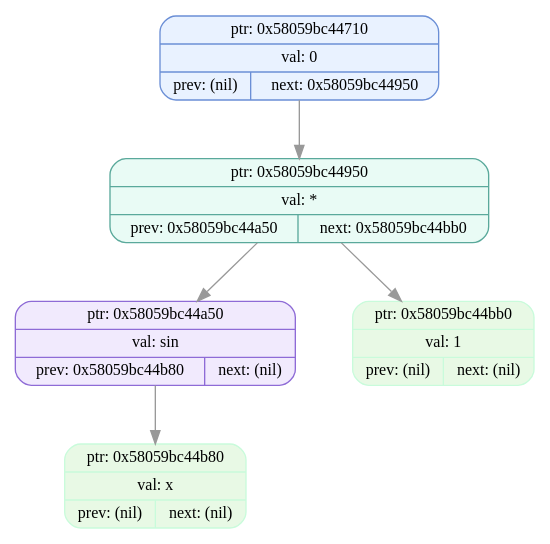
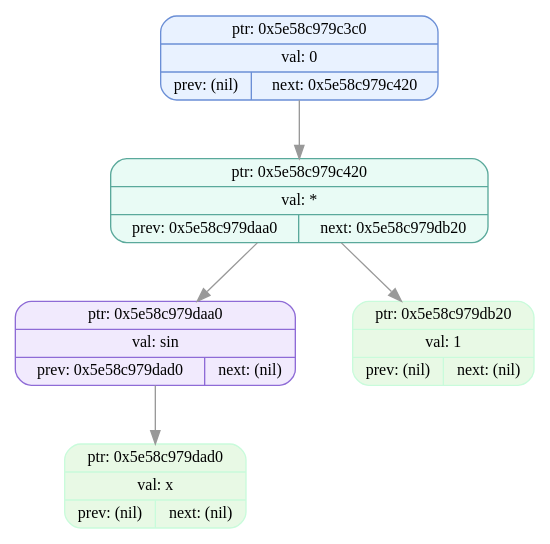
Before and after one commit to EvilTomato9890/Difference: the diagram in dumps/tree_dump_004.dot, drawn with Graphviz. The commit also changed 42 other files, not shown here.

```diff
--- a/dumps/tree_dump_004.dot
+++ b/dumps/tree_dump_004.dot
@@ -1,13 +1,13 @@
 digraph T{
   node [fontname="Fira Mono",shape=record,style="filled,rounded",fontsize=12];
   graph [splines=true, nodesep=0.6, ranksep=0.6];
-  node_0x58059bc44710[shape=record,label="{ {ptr: 0x58059bc44710} | {val: 0} | { prev: (nil) | next: 0x58059bc44950 } }",color="#6b8fd6",fillcolor="#e9f2ff"];
-  node_0x58059bc44950[shape=record,label="{ {ptr: 0x58059bc44950} | {val: *} | { prev: 0x58059bc44a50 | next: 0x58059bc44bb0 } }",color="#5aa99b",fillcolor="#e9fbf5"];
-  node_0x58059bc44a50[shape=record,label="{ {ptr: 0x58059bc44a50} | {val: sin} | { prev: 0x58059bc44b80 | next: (nil) } }",color="#8e6bd6",fillcolor="#f1eafd"];
-  node_0x58059bc44b80[shape=record,label="{ {ptr: 0x58059bc44b80} | {val: x} | { prev: (nil) | next: (nil) } }",color="#c9fbdbff",fillcolor="#e8f9e5ff"];
-  node_0x58059bc44bb0[shape=record,label="{ {ptr: 0x58059bc44bb0} | {val: 1} | { prev: (nil) | next: (nil) } }",color="#c9fbdbff",fillcolor="#e8f9e5ff"];
-  node_0x58059bc44710 -> node_0x58059bc44950 [color="#999999"];
-  node_0x58059bc44950 -> node_0x58059bc44a50 [color="#999999"];
-  node_0x58059bc44950 -> node_0x58059bc44bb0 [color="#999999"];
-  node_0x58059bc44a50 -> node_0x58059bc44b80 [color="#999999"];
+  node_0x5e58c979c3c0[shape=record,label="{ {ptr: 0x5e58c979c3c0} | {val: 0} | { prev: (nil) | next: 0x5e58c979c420 } }",color="#6b8fd6",fillcolor="#e9f2ff"];
+  node_0x5e58c979c420[shape=record,label="{ {ptr: 0x5e58c979c420} | {val: *} | { prev: 0x5e58c979daa0 | next: 0x5e58c979db20 } }",color="#5aa99b",fillcolor="#e9fbf5"];
+  node_0x5e58c979daa0[shape=record,label="{ {ptr: 0x5e58c979daa0} | {val: sin} | { prev: 0x5e58c979dad0 | next: (nil) } }",color="#8e6bd6",fillcolor="#f1eafd"];
+  node_0x5e58c979dad0[shape=record,label="{ {ptr: 0x5e58c979dad0} | {val: x} | { prev: (nil) | next: (nil) } }",color="#c9fbdbff",fillcolor="#e8f9e5ff"];
+  node_0x5e58c979db20[shape=record,label="{ {ptr: 0x5e58c979db20} | {val: 1} | { prev: (nil) | next: (nil) } }",color="#c9fbdbff",fillcolor="#e8f9e5ff"];
+  node_0x5e58c979c3c0 -> node_0x5e58c979c420 [color="#999999"];
+  node_0x5e58c979c420 -> node_0x5e58c979daa0 [color="#999999"];
+  node_0x5e58c979c420 -> node_0x5e58c979db20 [color="#999999"];
+  node_0x5e58c979daa0 -> node_0x5e58c979dad0 [color="#999999"];
 }
```
